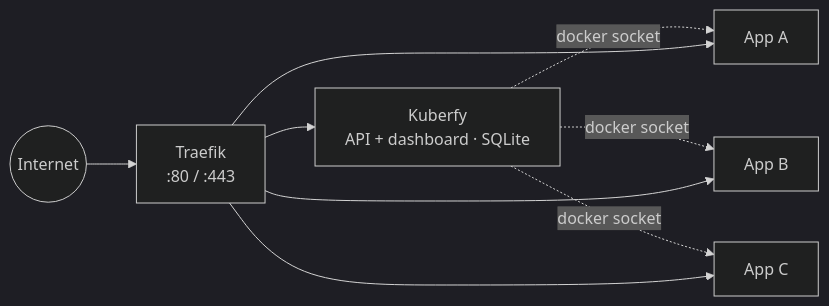
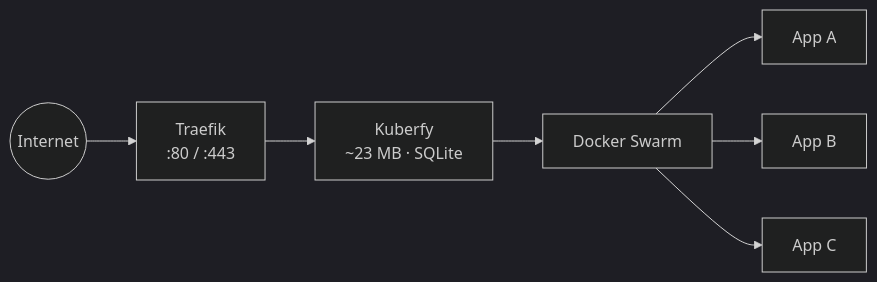
Before and after one commit to JoelVeloz/kuberfy: the diagram in README.md, drawn with Mermaid (dark theme).

Commit message:
docs: simplify architecture diagram to a linear flow

````diff
--- a/README.md
+++ b/README.md
@@ -53,11 +53,9 @@
 ```mermaid
 flowchart LR
     U(("Internet")) --> T["Traefik\n:80 / :443"]
-    T --> K["Kuberfy\nAPI + dashboard · SQLite"]
-    K -. docker socket .-> A["App A"]
-    K -. docker socket .-> B["App B"]
-    K -. docker socket .-> C["App C"]
-    T --> A
-    T --> B
-    T --> C
+    T --> K["Kuberfy\n~23 MB · SQLite"]
+    K --> D["Docker Swarm"]
+    D --> A["App A"]
+    D --> B["App B"]
+    D --> C["App C"]
 ```
````
